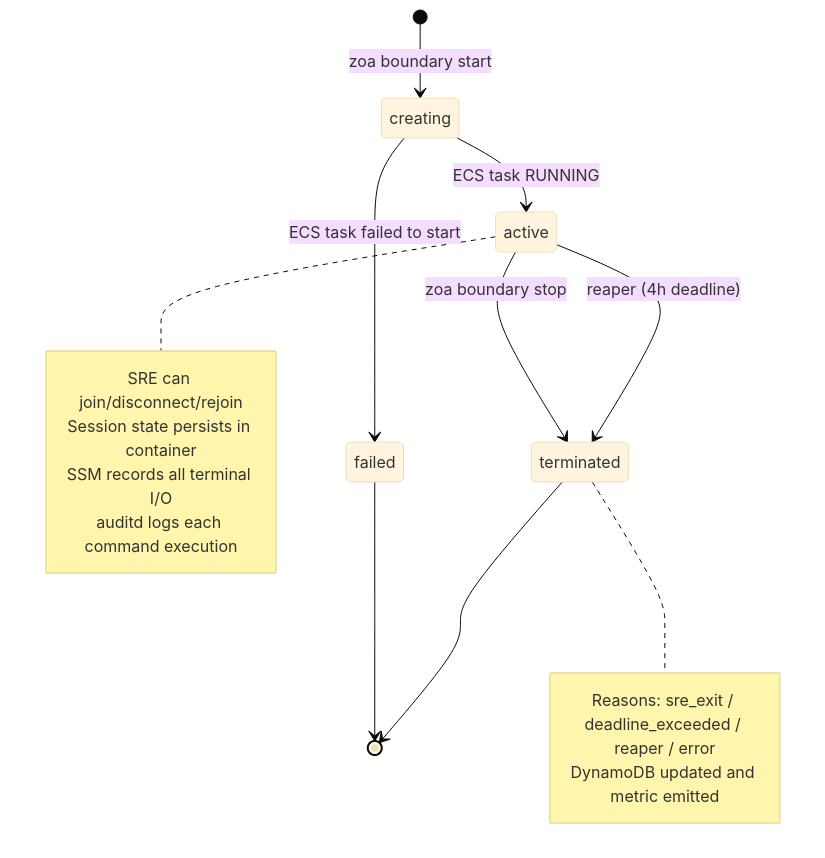
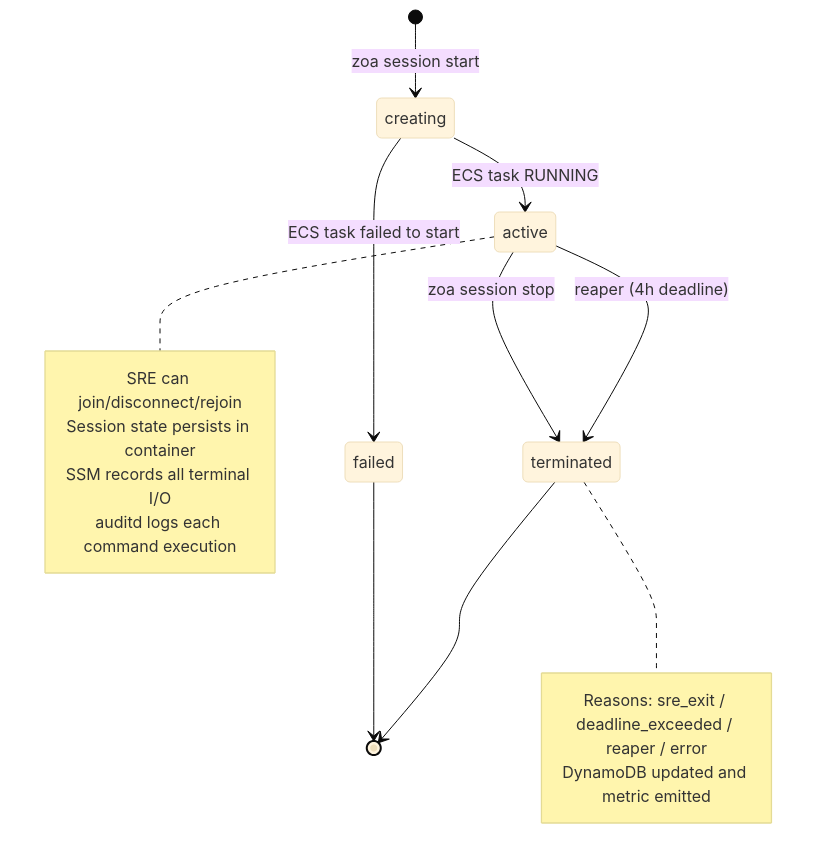
Before and after one commit to slopezz/rosa-hyperfleet-zoa: the fifth of 5 diagrams in docs/design/zoa-boundary-epic-plan.md, drawn with Mermaid (base theme). The commit also changed other lines of this file, not shown here.

First line of the commit message:
docs: finalize CLI naming — targets, session, deployment_name

````diff
--- a/docs/design/zoa-boundary-epic-plan.md
+++ b/docs/design/zoa-boundary-epic-plan.md
@@ -172,23 +172,23 @@
 ```mermaid
 stateDiagram-v2
-    [*] --> creating: zoa boundary start
+    [*] --> creating: zoa session start
     creating --> active: ECS task RUNNING
     creating --> failed: ECS task failed to start
 
-    active --> terminated: zoa boundary stop
+    active --> terminated: zoa session stop
     active --> terminated: reaper (4h deadline)
 
     failed --> [*]
     terminated --> [*]
 
     note right of active
         SRE can join/disconnect/rejoin
         Session state persists in container
         SSM records all terminal I/O
         auditd logs each command execution
     end note
     note right of terminated
         Reasons: sre_exit / deadline_exceeded / reaper / error
         DynamoDB updated and metric emitted
     end note
 ```
````
